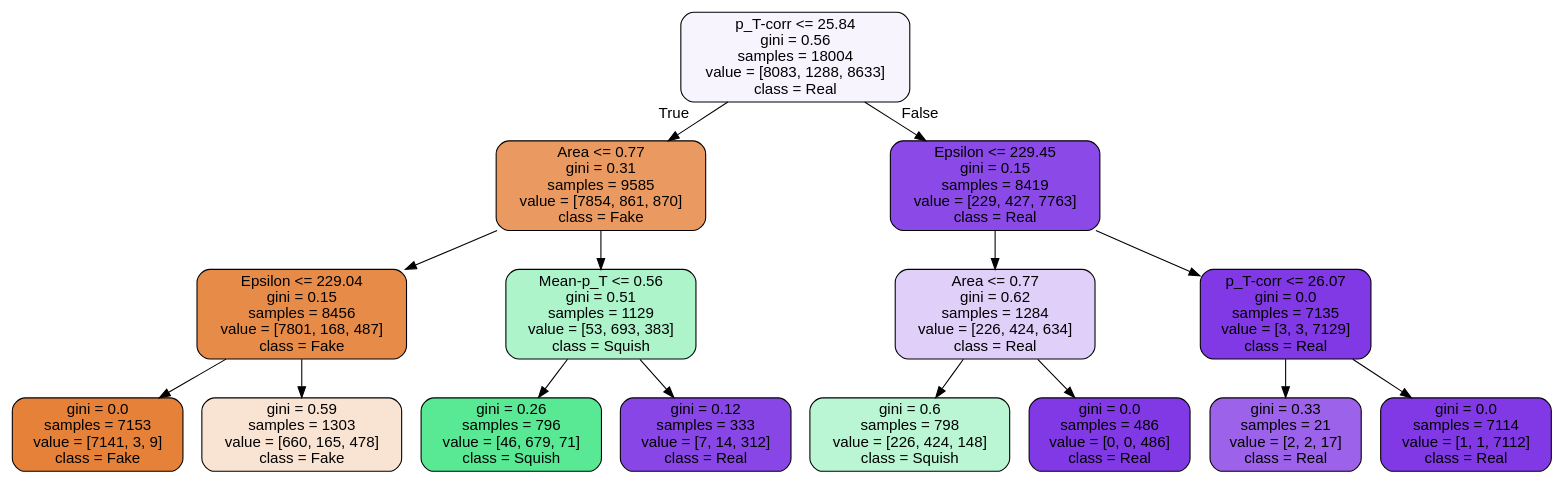
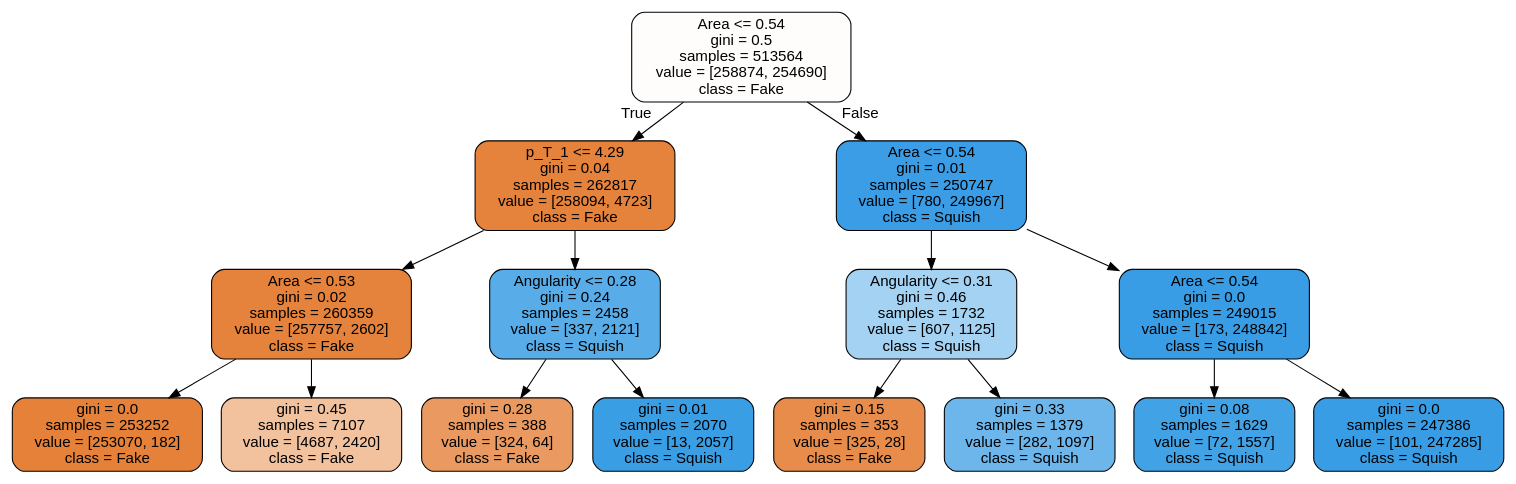
One commit to Steffanic/ML-Jet-BG-Subtraction changed the diagram in Oracles/Oracle_0.5_40.dot. Above: the diagram before and after it, drawn with Graphviz. The commit also changed 61 other files, not shown here.

```diff
--- a/Oracles/Oracle_0.5_40.dot
+++ b/Oracles/Oracle_0.5_40.dot
@@ -1,33 +1,33 @@
 digraph Tree {
 node [shape=box, style="filled, rounded", color="black", fontname=helvetica] ;
 edge [fontname=helvetica] ;
-0 [label="p_T-corr <= 25.84\ngini = 0.56\nsamples = 18004\nvalue = [8083, 1288, 8633]\nclass = Real", fillcolor="#f8f4fe"] ;
-1 [label="Area <= 0.77\ngini = 0.31\nsamples = 9585\nvalue = [7854, 861, 870]\nclass = Fake", fillcolor="#ea9a60"] ;
+0 [label="Area <= 0.54\ngini = 0.5\nsamples = 513564\nvalue = [258874, 254690]\nclass = Fake", fillcolor="#fffdfc"] ;
+1 [label="p_T_1 <= 4.29\ngini = 0.04\nsamples = 262817\nvalue = [258094, 4723]\nclass = Fake", fillcolor="#e5833d"] ;
 0 -> 1 [labeldistance=2.5, labelangle=45, headlabel="True"] ;
-2 [label="Epsilon <= 229.04\ngini = 0.15\nsamples = 8456\nvalue = [7801, 168, 487]\nclass = Fake", fillcolor="#e78b49"] ;
+2 [label="Area <= 0.53\ngini = 0.02\nsamples = 260359\nvalue = [257757, 2602]\nclass = Fake", fillcolor="#e5823b"] ;
 1 -> 2 ;
-3 [label="gini = 0.0\nsamples = 7153\nvalue = [7141, 3, 9]\nclass = Fake", fillcolor="#e58139"] ;
+3 [label="gini = 0.0\nsamples = 253252\nvalue = [253070, 182]\nclass = Fake", fillcolor="#e58139"] ;
 2 -> 3 ;
-4 [label="gini = 0.59\nsamples = 1303\nvalue = [660, 165, 478]\nclass = Fake", fillcolor="#f9e3d3"] ;
+4 [label="gini = 0.45\nsamples = 7107\nvalue = [4687, 2420]\nclass = Fake", fillcolor="#f2c29f"] ;
 2 -> 4 ;
-5 [label="Mean-p_T <= 0.56\ngini = 0.51\nsamples = 1129\nvalue = [53, 693, 383]\nclass = Squish", fillcolor="#adf4cb"] ;
+5 [label="Angularity <= 0.28\ngini = 0.24\nsamples = 2458\nvalue = [337, 2121]\nclass = Squish", fillcolor="#58ade9"] ;
 1 -> 5 ;
-6 [label="gini = 0.26\nsamples = 796\nvalue = [46, 679, 71]\nclass = Squish", fillcolor="#59e995"] ;
+6 [label="gini = 0.28\nsamples = 388\nvalue = [324, 64]\nclass = Fake", fillcolor="#ea9a60"] ;
 5 -> 6 ;
-7 [label="gini = 0.12\nsamples = 333\nvalue = [7, 14, 312]\nclass = Real", fillcolor="#8946e7"] ;
+7 [label="gini = 0.01\nsamples = 2070\nvalue = [13, 2057]\nclass = Squish", fillcolor="#3a9ee5"] ;
 5 -> 7 ;
-8 [label="Epsilon <= 229.45\ngini = 0.15\nsamples = 8419\nvalue = [229, 427, 7763]\nclass = Real", fillcolor="#8b49e7"] ;
+8 [label="Area <= 0.54\ngini = 0.01\nsamples = 250747\nvalue = [780, 249967]\nclass = Squish", fillcolor="#3a9de5"] ;
 0 -> 8 [labeldistance=2.5, labelangle=-45, headlabel="False"] ;
-9 [label="Area <= 0.77\ngini = 0.62\nsamples = 1284\nvalue = [226, 424, 634]\nclass = Real", fillcolor="#e0cff9"] ;
+9 [label="Angularity <= 0.31\ngini = 0.46\nsamples = 1732\nvalue = [607, 1125]\nclass = Squish", fillcolor="#a4d2f3"] ;
 8 -> 9 ;
-10 [label="gini = 0.6\nsamples = 798\nvalue = [226, 424, 148]\nclass = Squish", fillcolor="#baf6d3"] ;
+10 [label="gini = 0.15\nsamples = 353\nvalue = [325, 28]\nclass = Fake", fillcolor="#e78c4a"] ;
 9 -> 10 ;
-11 [label="gini = 0.0\nsamples = 486\nvalue = [0, 0, 486]\nclass = Real", fillcolor="#8139e5"] ;
+11 [label="gini = 0.33\nsamples = 1379\nvalue = [282, 1097]\nclass = Squish", fillcolor="#6cb6ec"] ;
 9 -> 11 ;
-12 [label="p_T-corr <= 26.07\ngini = 0.0\nsamples = 7135\nvalue = [3, 3, 7129]\nclass = Real", fillcolor="#8139e5"] ;
+12 [label="Area <= 0.54\ngini = 0.0\nsamples = 249015\nvalue = [173, 248842]\nclass = Squish", fillcolor="#399de5"] ;
 8 -> 12 ;
-13 [label="gini = 0.33\nsamples = 21\nvalue = [2, 2, 17]\nclass = Real", fillcolor="#9c63ea"] ;
+13 [label="gini = 0.08\nsamples = 1629\nvalue = [72, 1557]\nclass = Squish", fillcolor="#42a2e6"] ;
 12 -> 13 ;
-14 [label="gini = 0.0\nsamples = 7114\nvalue = [1, 1, 7112]\nclass = Real", fillcolor="#8139e5"] ;
+14 [label="gini = 0.0\nsamples = 247386\nvalue = [101, 247285]\nclass = Squish", fillcolor="#399de5"] ;
 12 -> 14 ;
 }
```
